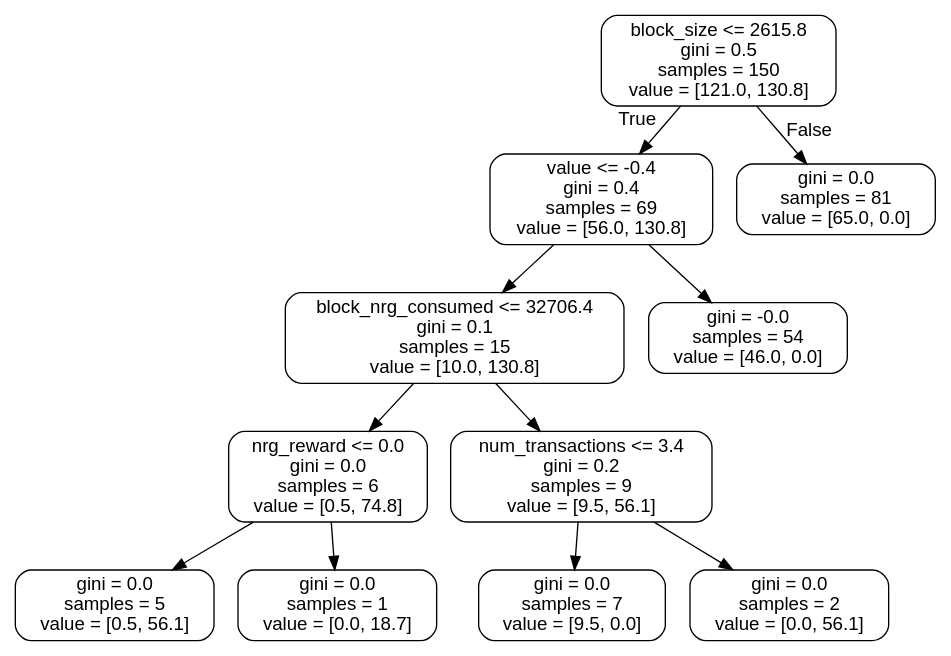
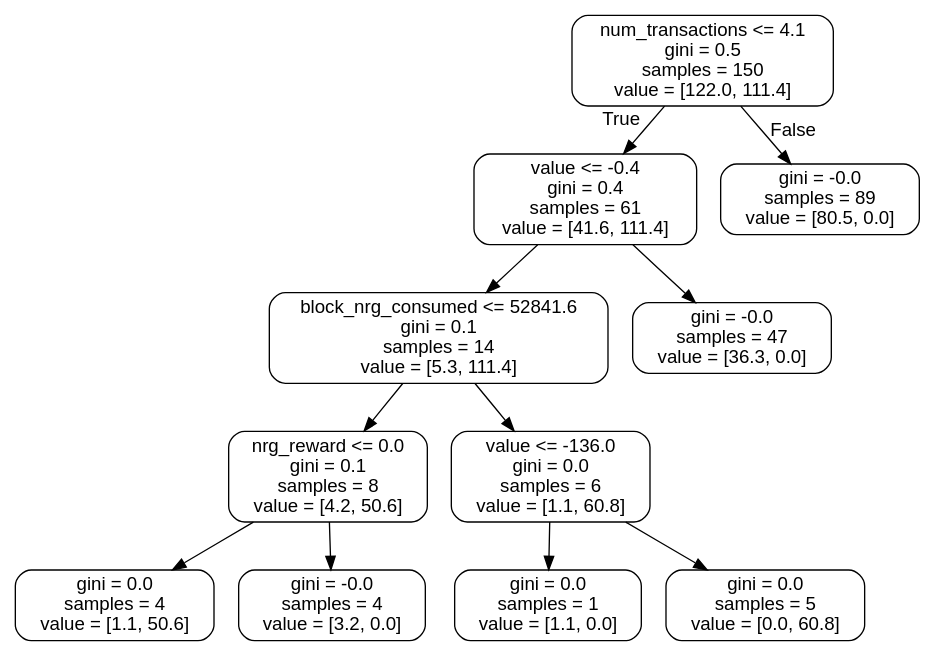
Before and after one commit to andre-aion/aion_analytics: the diagram in small_tree.dot, drawn with Graphviz. The commit also changed 14 other files, not shown here.

```diff
--- a/small_tree.dot
+++ b/small_tree.dot
@@ -1,25 +1,25 @@
 digraph Tree {
 node [shape=box, style="rounded", color="black", fontname=helvetica] ;
 edge [fontname=helvetica] ;
-0 [label="block_size <= 2615.8\ngini = 0.5\nsamples = 150\nvalue = [121.0, 130.8]"] ;
-1 [label="value <= -0.4\ngini = 0.4\nsamples = 69\nvalue = [56.0, 130.8]"] ;
+0 [label="num_transactions <= 4.1\ngini = 0.5\nsamples = 150\nvalue = [122.0, 111.4]"] ;
+1 [label="value <= -0.4\ngini = 0.4\nsamples = 61\nvalue = [41.6, 111.4]"] ;
 0 -> 1 [labeldistance=2.5, labelangle=45, headlabel="True"] ;
-2 [label="block_nrg_consumed <= 32706.4\ngini = 0.1\nsamples = 15\nvalue = [10.0, 130.8]"] ;
+2 [label="block_nrg_consumed <= 52841.6\ngini = 0.1\nsamples = 14\nvalue = [5.3, 111.4]"] ;
 1 -> 2 ;
-3 [label="nrg_reward <= 0.0\ngini = 0.0\nsamples = 6\nvalue = [0.5, 74.8]"] ;
+3 [label="nrg_reward <= 0.0\ngini = 0.1\nsamples = 8\nvalue = [4.2, 50.6]"] ;
 2 -> 3 ;
-4 [label="gini = 0.0\nsamples = 5\nvalue = [0.5, 56.1]"] ;
+4 [label="gini = 0.0\nsamples = 4\nvalue = [1.1, 50.6]"] ;
 3 -> 4 ;
-5 [label="gini = 0.0\nsamples = 1\nvalue = [0.0, 18.7]"] ;
+5 [label="gini = -0.0\nsamples = 4\nvalue = [3.2, 0.0]"] ;
 3 -> 5 ;
-6 [label="num_transactions <= 3.4\ngini = 0.2\nsamples = 9\nvalue = [9.5, 56.1]"] ;
+6 [label="value <= -136.0\ngini = 0.0\nsamples = 6\nvalue = [1.1, 60.8]"] ;
 2 -> 6 ;
-7 [label="gini = 0.0\nsamples = 7\nvalue = [9.5, 0.0]"] ;
+7 [label="gini = 0.0\nsamples = 1\nvalue = [1.1, 0.0]"] ;
 6 -> 7 ;
-8 [label="gini = 0.0\nsamples = 2\nvalue = [0.0, 56.1]"] ;
+8 [label="gini = 0.0\nsamples = 5\nvalue = [0.0, 60.8]"] ;
 6 -> 8 ;
-9 [label="gini = -0.0\nsamples = 54\nvalue = [46.0, 0.0]"] ;
+9 [label="gini = -0.0\nsamples = 47\nvalue = [36.3, 0.0]"] ;
 1 -> 9 ;
-10 [label="gini = 0.0\nsamples = 81\nvalue = [65.0, 0.0]"] ;
+10 [label="gini = -0.0\nsamples = 89\nvalue = [80.5, 0.0]"] ;
 0 -> 10 [labeldistance=2.5, labelangle=-45, headlabel="False"] ;
 }
```
